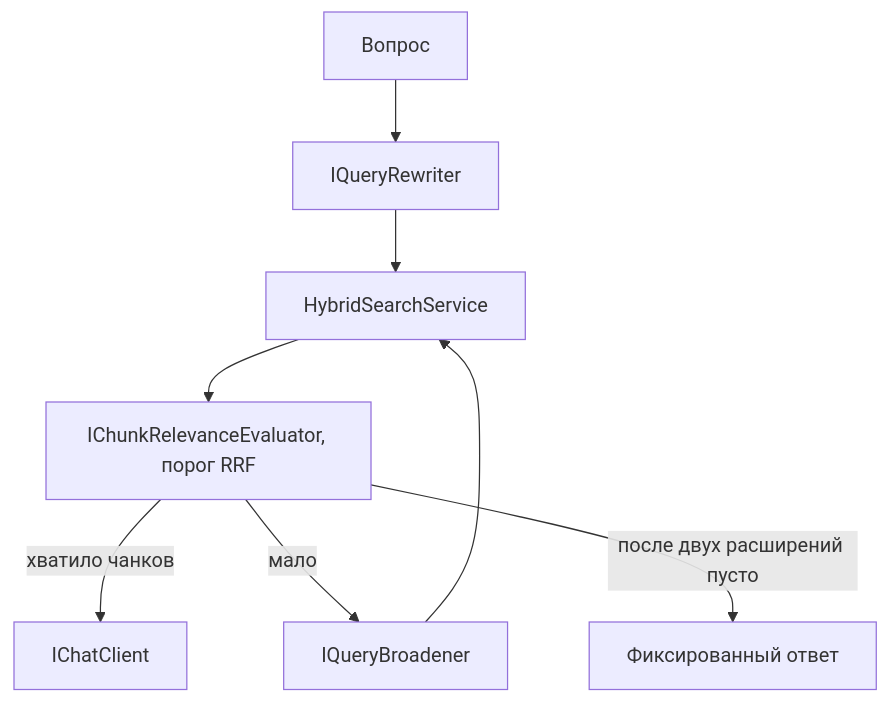
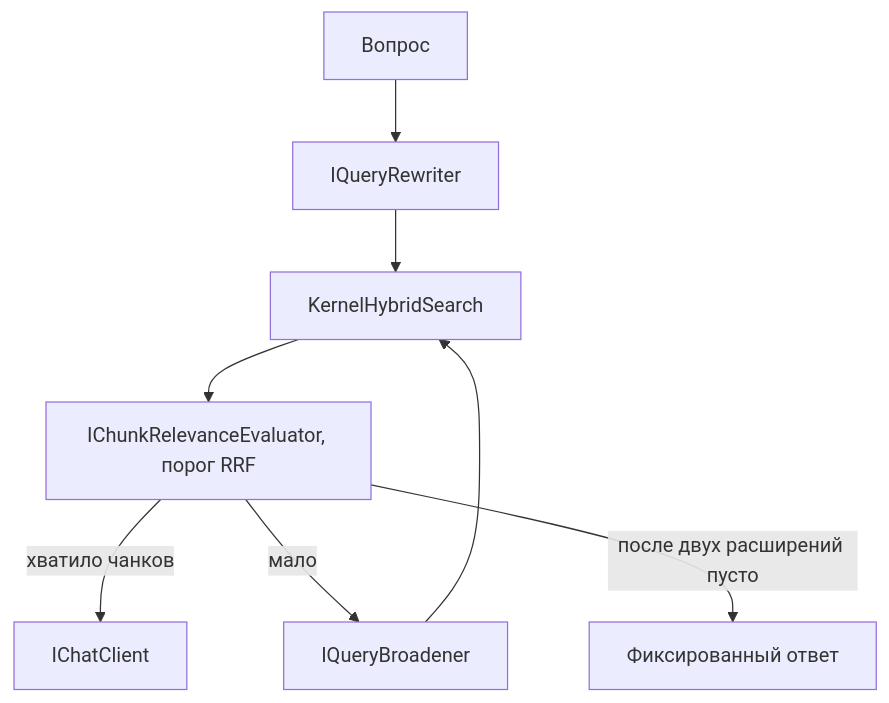
Before and after one commit to luna-pulse/MCP.RAG.StarTrek: the third of 3 diagrams in ARCHITECTURE.md, drawn with Mermaid. The commit also changed other lines of this file and 2 other files, not shown here.

First line of the commit message:
Update agent, architecture, and readme docs to the current search path.

````diff
--- a/ARCHITECTURE.md
+++ b/ARCHITECTURE.md
@@ -201,10 +201,10 @@
 ```mermaid
 flowchart TB
   question[Вопрос] --> rewrite[IQueryRewriter]
-  rewrite --> search[HybridSearchService]
+  rewrite --> search[KernelHybridSearch]
   search --> grade["IChunkRelevanceEvaluator, порог RRF"]
   grade -->|хватило чанков| generate[IChatClient]
   grade -->|мало| broaden[IQueryBroadener]
   broaden --> search
   grade -->|после двух расширений пусто| notfound[Фиксированный ответ]
 ```
````
